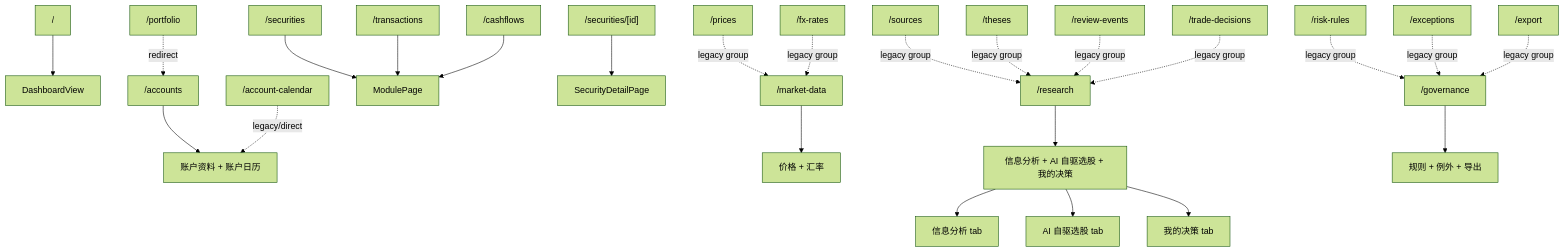
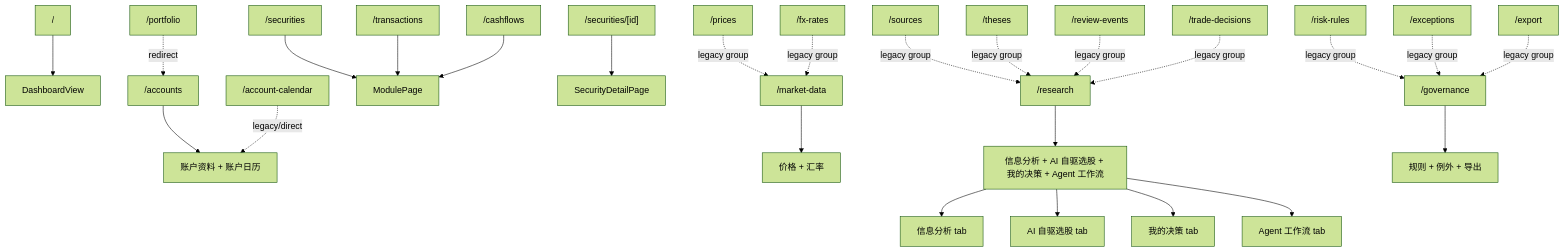
One commit to wongziu/Personal-Financial-Tools changed the sixth of 8 diagrams in docs/function-knowledge-graph.md. Above: the diagram before and after it, drawn with Mermaid (forest theme). The commit also changed other lines of this file and 2 other files, not shown here.

Commit message:
feat: add auditable agent trace review

````diff
--- a/docs/function-knowledge-graph.md
+++ b/docs/function-knowledge-graph.md
@@ -256,30 +268,31 @@
 ```mermaid
 flowchart TB
   Root["/"] --> Dashboard["DashboardView"]
   Accounts["/accounts"] --> AccountsWorkspace["账户资料 + 账户日历"]
   Portfolio["/portfolio"] -.->|redirect| Accounts
   AccountCalendar["/account-calendar"] -.->|legacy/direct| AccountsWorkspace
 
   SecuritiesRoute["/securities"] --> ModulePage["ModulePage"]
   SecurityDetail["/securities/[id]"] --> SecurityDetailPage["SecurityDetailPage"]
   TransactionsRoute["/transactions"] --> ModulePage
   CashflowsRoute["/cashflows"] --> ModulePage
 
   Market["/market-data"] --> MarketWorkspace["价格 + 汇率"]
   PricesRoute["/prices"] -.->|legacy group| Market
   FxRoute["/fx-rates"] -.->|legacy group| Market
 
-  Research["/research"] --> ResearchWorkspace["信息分析 + AI 自驱选股 + 我的决策"]
+  Research["/research"] --> ResearchWorkspace["信息分析 + AI 自驱选股 + 我的决策 + Agent 工作流"]
   SourcesRoute["/sources"] -.->|legacy group| Research
   ThesesRoute["/theses"] -.->|legacy group| Research
   EventsRoute["/review-events"] -.->|legacy group| Research
   DecisionsRoute["/trade-decisions"] -.->|legacy group| Research
   ResearchWorkspace --> InfoAnalysisTab["信息分析 tab"]
   ResearchWorkspace --> AiPicksTab["AI 自驱选股 tab"]
   ResearchWorkspace --> MyDecisionsTab["我的决策 tab"]
+  ResearchWorkspace --> AgentWorkflowTab["Agent 工作流 tab"]
 
   Governance["/governance"] --> GovernanceWorkspace["规则 + 例外 + 导出"]
   RiskRoute["/risk-rules"] -.->|legacy group| Governance
   ExceptionsRoute["/exceptions"] -.->|legacy group| Governance
   ExportRoute["/export"] -.->|legacy group| Governance
 ```
````
